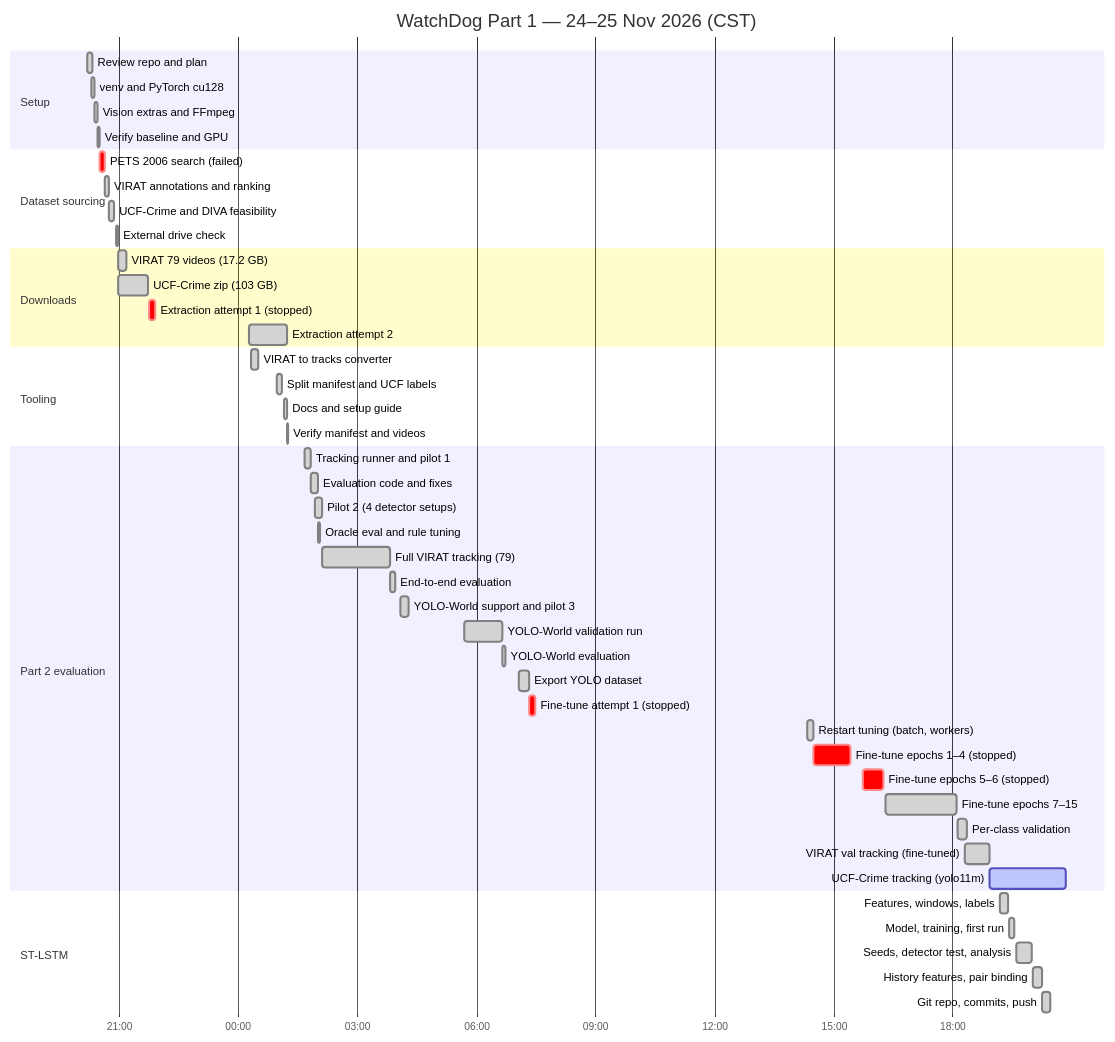
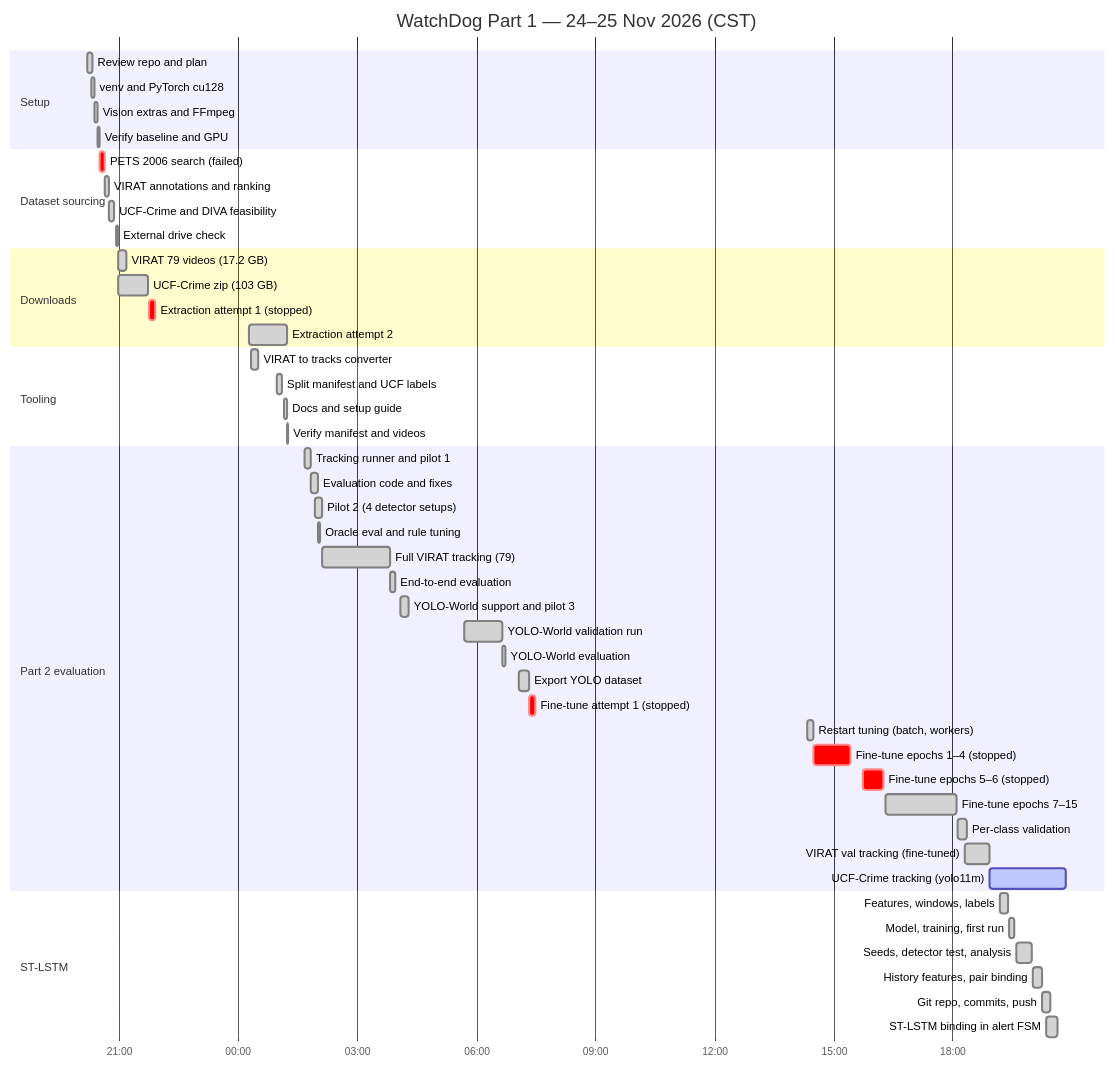
Before and after one commit to Tanu1007/WatchDog: the diagram in docs/WORKLOG.md, drawn with Mermaid. The commit also changed other lines of this file and 19 other files, not shown here.

First line of the commit message:
ST-LSTM owner binding inside the alert state machine

````diff
--- a/docs/WORKLOG.md
+++ b/docs/WORKLOG.md
@@ -29,51 +29,52 @@
 ```mermaid
 gantt
     title WatchDog Part 1 — 24–25 Nov 2026 (CST)
     dateFormat YYYY-MM-DD HH:mm
     axisFormat %H:%M
     section Setup
     Review repo and plan           :done, 2026-11-24 20:12, 8m
     venv and PyTorch cu128         :done, 2026-11-24 20:18, 5m
     Vision extras and FFmpeg       :done, 2026-11-24 20:23, 5m
     Verify baseline and GPU        :done, 2026-11-24 20:28, 2m
     section Dataset sourcing
     PETS 2006 search (failed)      :crit, 2026-11-24 20:30, 8m
     VIRAT annotations and ranking  :done, 2026-11-24 20:38, 7m
     UCF-Crime and DIVA feasibility :done, 2026-11-24 20:45, 8m
     External drive check           :done, 2026-11-24 20:55, 4m
     section Downloads
     VIRAT 79 videos (17.2 GB)      :done, 2026-11-24 20:59, 12m
     UCF-Crime zip (103 GB)         :done, 2026-11-24 20:59, 45m
     Extraction attempt 1 (stopped) :crit, 2026-11-24 21:45, 10m
     Extraction attempt 2           :done, 2026-11-25 00:16, 58m
     section Tooling
     VIRAT to tracks converter      :done, 2026-11-25 00:19, 12m
     Split manifest and UCF labels  :done, 2026-11-25 00:58, 8m
     Docs and setup guide           :done, 2026-11-25 01:09, 5m
     Verify manifest and videos     :done, 2026-11-25 01:14, 1m
     section Part 2 evaluation
     Tracking runner and pilot 1    :done, 2026-11-25 01:40, 10m
     Evaluation code and fixes      :done, 2026-11-25 01:50, 10m
     Pilot 2 (4 detector setups)    :done, 2026-11-25 01:56, 11m
     Oracle eval and rule tuning    :done, 2026-11-25 02:00, 4m
     Full VIRAT tracking (79)       :done, 2026-11-25 02:07, 103m
     End-to-end evaluation          :done, 2026-11-25 03:50, 8m
     YOLO-World support and pilot 3 :done, 2026-11-25 04:05, 12m
     YOLO-World validation run      :done, 2026-11-25 05:42, 57m
     YOLO-World evaluation          :done, 2026-11-25 06:39, 5m
     Export YOLO dataset            :done, 2026-11-25 07:05, 15m
     Fine-tune attempt 1 (stopped)  :crit, 2026-11-25 07:20, 10m
     Restart tuning (batch, workers):done, 2026-11-25 14:20, 9m
     Fine-tune epochs 1–4 (stopped) :crit, 2026-11-25 14:29, 56m
     Fine-tune epochs 5–6 (stopped) :crit, 2026-11-25 15:45, 30m
     Fine-tune epochs 7–15          :done, 2026-11-25 16:18, 108m
     Per-class validation           :done, 2026-11-25 18:07, 15m
     VIRAT val tracking (fine-tuned):done, 2026-11-25 18:18, 38m
     UCF-Crime tracking (yolo11m)   :active, 2026-11-25 18:56, 115m
     section ST-LSTM
     Features, windows, labels      :done, 2026-11-25 19:12, 12m
     Model, training, first run     :done, 2026-11-25 19:26, 7m
     Seeds, detector test, analysis :done, 2026-11-25 19:36, 24m
     History features, pair binding :done, 2026-11-25 20:01, 14m
     Git repo, commits, push        :done, 2026-11-25 20:15, 12m
+    ST-LSTM binding in alert FSM   :done, 2026-11-25 20:22, 16m
 ```
````
